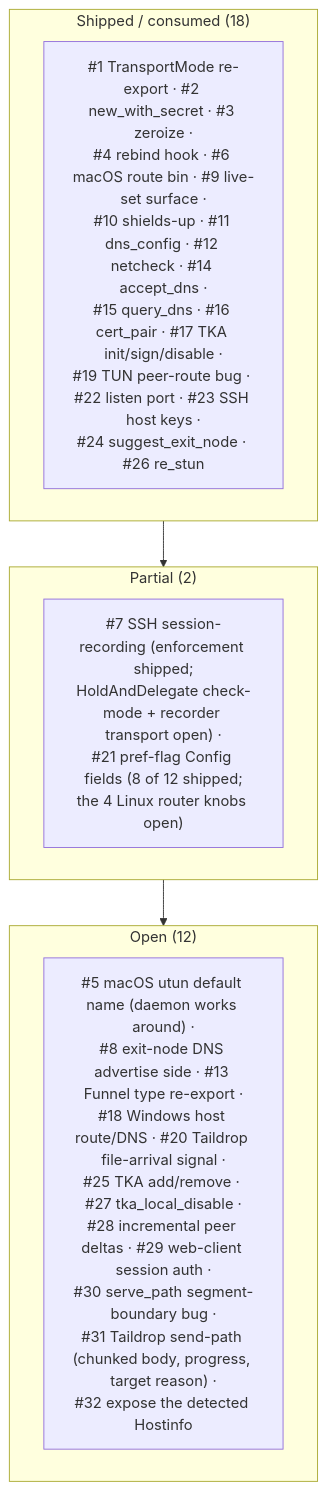
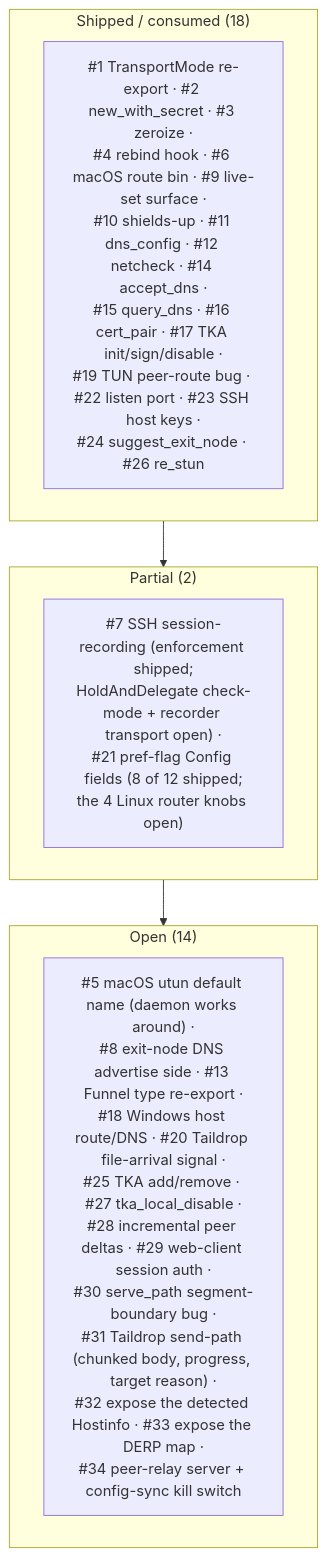
Before and after one commit to GeiserX/tailscaled-rs: the third of 3 diagrams in docs/PARITY_GAP_ANALYSIS.md, drawn with Mermaid. The commit also changed other lines of this file and 3 other files, not shown here.

````diff
--- a/docs/PARITY_GAP_ANALYSIS.md
+++ b/docs/PARITY_GAP_ANALYSIS.md
@@ -240,13 +285,13 @@
 ```mermaid
 flowchart TB
     subgraph SHIPPED["Shipped / consumed (18)"]
         S["#1 TransportMode re-export · #2 new_with_secret · #3 zeroize ·<br/>#4 rebind hook · #6 macOS route bin · #9 live-set surface ·<br/>#10 shields-up · #11 dns_config · #12 netcheck · #14 accept_dns ·<br/>#15 query_dns · #16 cert_pair · #17 TKA init/sign/disable ·<br/>#19 TUN peer-route bug · #22 listen port · #23 SSH host keys ·<br/>#24 suggest_exit_node · #26 re_stun"]
     end
     subgraph PARTIAL["Partial (2)"]
         P["#7 SSH session-recording (enforcement shipped;<br/>HoldAndDelegate check-mode + recorder transport open) ·<br/>#21 pref-flag Config fields (8 of 12 shipped;<br/>the 4 Linux router knobs open)"]
     end
-    subgraph OPEN["Open (12)"]
-        O["#5 macOS utun default name (daemon works around) ·<br/>#8 exit-node DNS advertise side · #13 Funnel type re-export ·<br/>#18 Windows host route/DNS · #20 Taildrop file-arrival signal ·<br/>#25 TKA add/remove · #27 tka_local_disable ·<br/>#28 incremental peer deltas · #29 web-client session auth ·<br/>#30 serve_path segment-boundary bug ·<br/>#31 Taildrop send-path (chunked body, progress, target reason) ·<br/>#32 expose the detected Hostinfo"]
+    subgraph OPEN["Open (14)"]
+        O["#5 macOS utun default name (daemon works around) ·<br/>#8 exit-node DNS advertise side · #13 Funnel type re-export ·<br/>#18 Windows host route/DNS · #20 Taildrop file-arrival signal ·<br/>#25 TKA add/remove · #27 tka_local_disable ·<br/>#28 incremental peer deltas · #29 web-client session auth ·<br/>#30 serve_path segment-boundary bug ·<br/>#31 Taildrop send-path (chunked body, progress, target reason) ·<br/>#32 expose the detected Hostinfo · #33 expose the DERP map ·<br/>#34 peer-relay server + config-sync kill switch"]
     end
     SHIPPED --> PARTIAL --> OPEN
 ```
````
